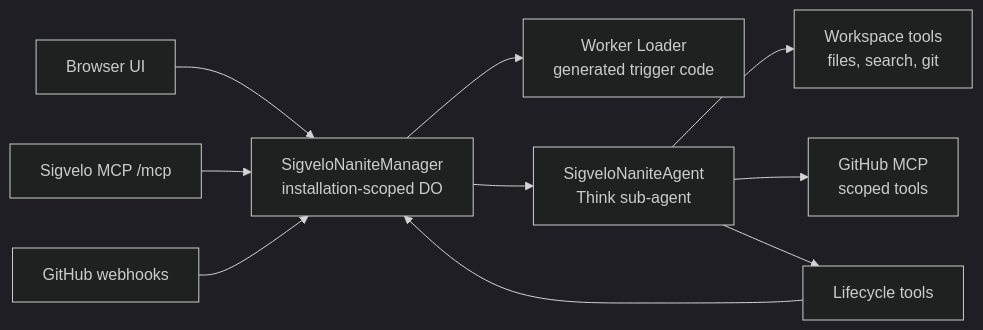
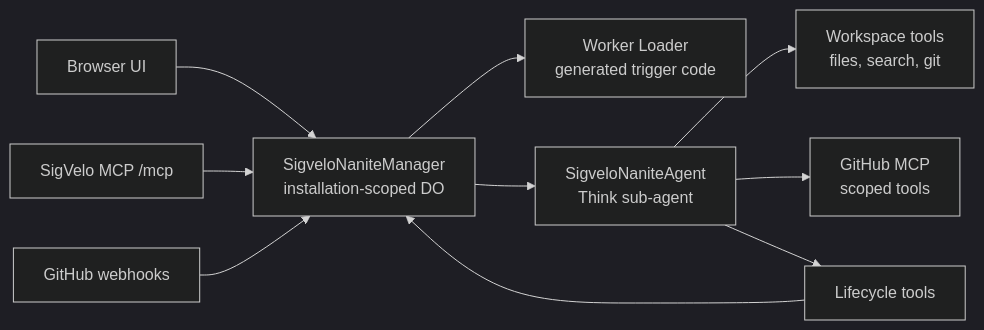
The diagram in docs/development.md (WebMCP-org/nanites), drawn with Mermaid (dark theme) before and after one commit. The commit also changed other lines of this file and 57 other files, not shown here.

Commit message:
chore: update Sigvelo to SigVelo

````diff
--- a/docs/development.md
+++ b/docs/development.md
@@ -9,12 +9,12 @@
 ```mermaid
 flowchart LR
   Browser["Browser UI"] --> Manager["SigveloNaniteManager<br/>installation-scoped DO"]
-  MCP["Sigvelo MCP /mcp"] --> Manager
+  MCP["SigVelo MCP /mcp"] --> Manager
   GitHub["GitHub webhooks"] --> Manager
   Manager --> Loader["Worker Loader<br/>generated trigger code"]
   Manager --> Nanite["SigveloNaniteAgent<br/>Think sub-agent"]
   Nanite --> Workspace["Workspace tools<br/>files, search, git"]
   Nanite --> GitHubMcp["GitHub MCP<br/>scoped tools"]
   Nanite --> Lifecycle["Lifecycle tools"]
   Lifecycle --> Manager
 ```
````
